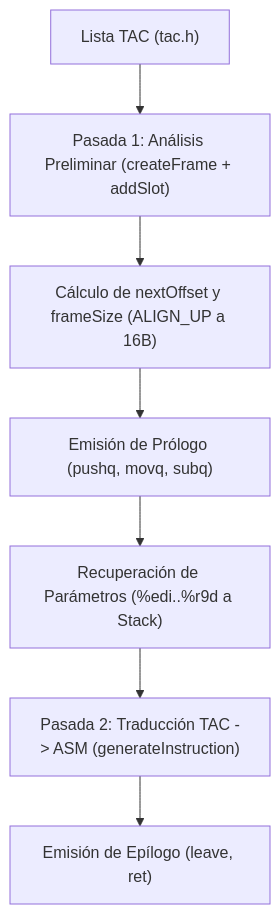
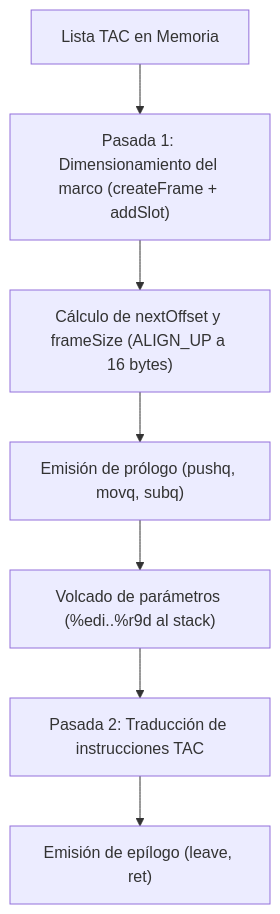
Before and after one commit to julivarea/compiler: the first of 2 diagrams in documentacion/wiki/06-object-code.md, drawn with Mermaid. The commit also changed other lines of this file and 4 other files, not shown here.

````diff
--- a/documentacion/wiki/06-object-code.md
+++ b/documentacion/wiki/06-object-code.md
@@ -11,9 +11,9 @@
 ```mermaid
 flowchart TD
-    TAC["Lista TAC (tac.h)"] --> Pass1["Pasada 1: Análisis Preliminar (createFrame + addSlot)"]
-    Pass1 --> Dimension["Cálculo de nextOffset y frameSize (ALIGN_UP a 16B)"]
-    Dimension --> Prologue["Emisión de Prólogo (pushq, movq, subq)"]
-    Prologue --> CalleeParams["Recuperación de Parámetros (%edi..%r9d a Stack)"]
-    CalleeParams --> Pass2["Pasada 2: Traducción TAC -> ASM (generateInstruction)"]
-    Pass2 --> Epilogue["Emisión de Epílogo (leave, ret)"]
+    TAC["Lista TAC en Memoria"] --> Pass1["Pasada 1: Dimensionamiento del marco (createFrame + addSlot)"]
+    Pass1 --> Dimension["Cálculo de nextOffset y frameSize (ALIGN_UP a 16 bytes)"]
+    Dimension --> Prologue["Emisión de prólogo (pushq, movq, subq)"]
+    Prologue --> CalleeParams["Volcado de parámetros (%edi..%r9d al stack)"]
+    CalleeParams --> Pass2["Pasada 2: Traducción de instrucciones TAC"]
+    Pass2 --> Epilogue["Emisión de epílogo (leave, ret)"]
 ```
````
